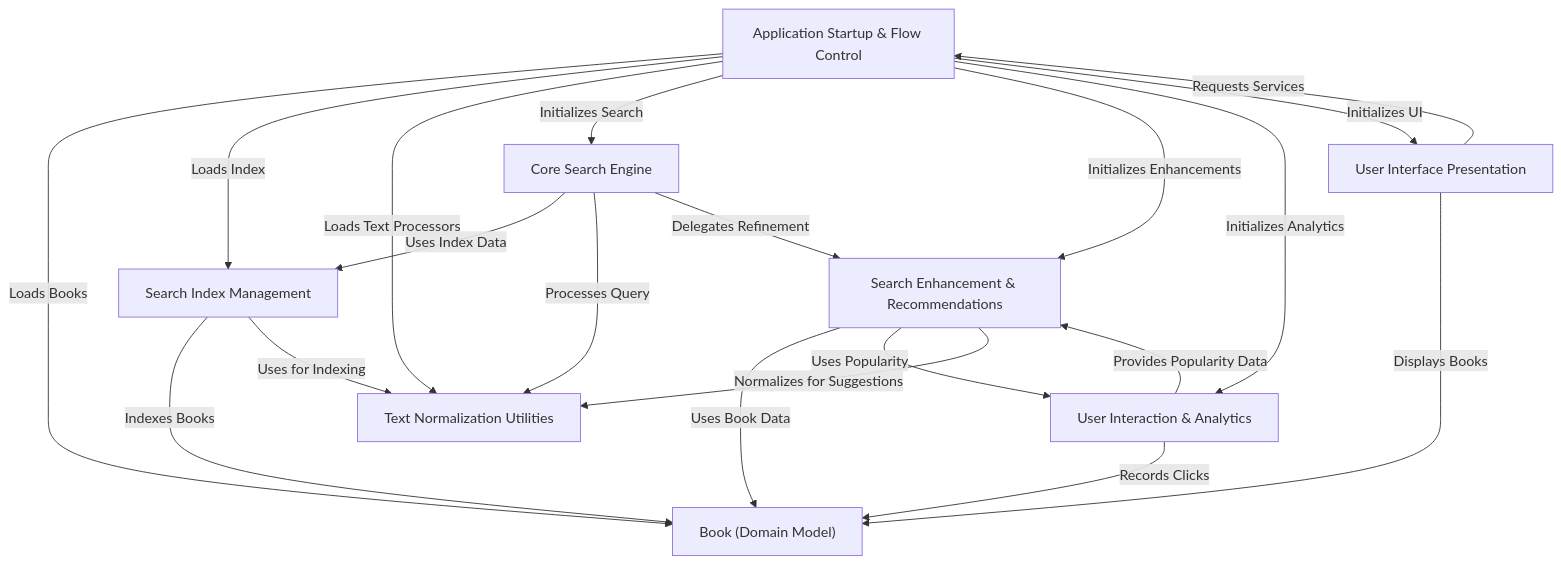
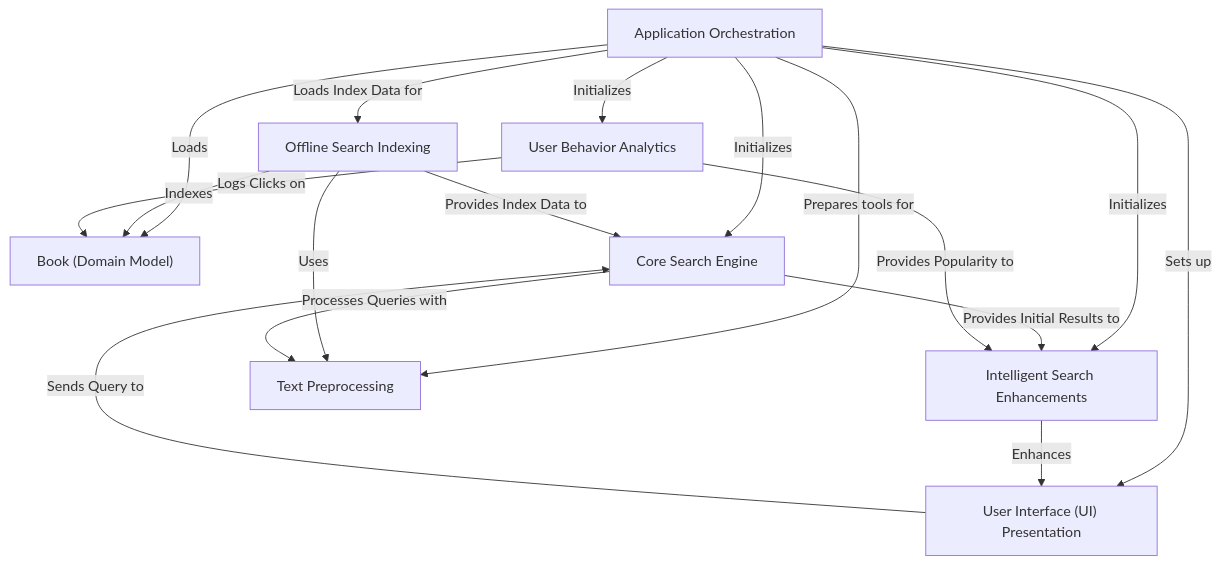
The diagram in documentation/Chapter 0 Overview of DevShelf.md (Kas-sim/DevShelf), drawn with Mermaid before and after one commit. The commit also changed other lines of this file, not shown here.

Commit message:
Clarify DevShelf and DevShelfGUI distinctions
Updated the tutorial to clarify the distinction between DevShelf and DevShelfGUI. Revised chapter links and improved the visual overview.

````diff
--- a/documentation/Chapter 0 Overview of DevShelf.md
+++ b/documentation/Chapter 0 Overview of DevShelf.md
@@ -11,38 +12,35 @@
 ```mermaid
 flowchart TD
     A0["Book (Domain Model)
 "]
-    A1["Search Index Management
+    A1["Application Orchestration
 "]
-    A2["Core Search Engine
+    A2["User Interface (UI) Presentation
 "]
-    A3["Search Enhancement & Recommendations
+    A3["Offline Search Indexing
 "]
-    A4["User Interaction & Analytics
+    A4["Core Search Engine
 "]
-    A5["Application Startup & Flow Control
+    A5["User Behavior Analytics
 "]
-    A6["User Interface Presentation
+    A6["Intelligent Search Enhancements
 "]
-    A7["Text Normalization Utilities
+    A7["Text Preprocessing
 "]
-    A5 -- "Loads Books" --> A0
-    A5 -- "Loads Index" --> A1
-    A5 -- "Loads Text Processors" --> A7
-    A5 -- "Initializes Search" --> A2
-    A5 -- "Initializes Enhancements" --> A3
-    A5 -- "Initializes Analytics" --> A4
-    A5 -- "Initializes UI" --> A6
-    A1 -- "Indexes Books" --> A0
-    A1 -- "Uses for Indexing" --> A7
-    A2 -- "Uses Index Data" --> A1
-    A2 -- "Processes Query" --> A7
-    A2 -- "Delegates Refinement" --> A3
-    A3 -- "Uses Book Data" --> A0
-    A3 -- "Uses Popularity" --> A4
-    A3 -- "Normalizes for Suggestions" --> A7
-    A4 -- "Provides Popularity Data" --> A3
-    A4 -- "Records Clicks" --> A0
-    A6 -- "Requests Services" --> A5
-    A6 -- "Displays Books" --> A0
+    A1 -- "Loads" --> A0
+    A1 -- "Loads Index Data for" --> A3
+    A1 -- "Sets up" --> A2
+    A1 -- "Initializes" --> A4
+    A1 -- "Initializes" --> A5
+    A1 -- "Initializes" --> A6
+    A1 -- "Prepares tools for" --> A7
+    A3 -- "Indexes" --> A0
+    A3 -- "Uses" --> A7
+    A3 -- "Provides Index Data to" --> A4
+    A4 -- "Processes Queries with" --> A7
+    A4 -- "Provides Initial Results to" --> A6
+    A5 -- "Logs Clicks on" --> A0
+    A5 -- "Provides Popularity to" --> A6
+    A6 -- "Enhances" --> A2
+    A2 -- "Sends Query to" --> A4
 ```
````
